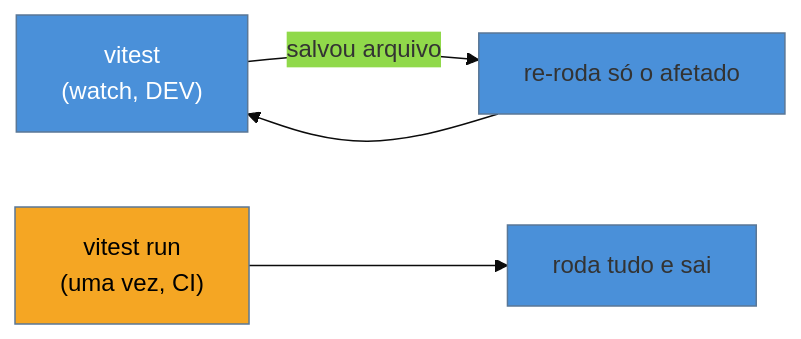
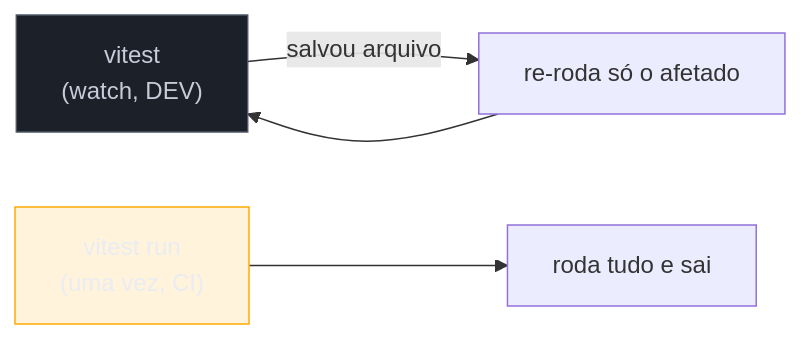
One commit to josenaldo/codex-technomanticus changed the diagram in 03-Dominios/Tecnologia/Testes JS/02 - Vitest - setup e o primeiro teste.md. Above: the diagram before and after it, drawn with Mermaid. The commit also changed 1181 other files, not shown here.

First line of the commit message:
fix(diagramas): paleta do sistema no lugar de cor cravada no markdown

````diff
--- a/03-Dominios/Tecnologia/Testes JS/02 - Vitest - setup e o primeiro teste.md
+++ b/03-Dominios/Tecnologia/Testes JS/02 - Vitest - setup e o primeiro teste.md
@@ -91,9 +91,10 @@
 ```mermaid
-%%{init: {"theme": "base", "themeVariables": {"primaryColor": "#4A90D9"}}}%%
 graph LR
+    classDef neutro fill:#1B2029,stroke:#4E5666,color:#C6CCD8
+    classDef destaque fill:#FFAA0024,stroke:#FFAA00,color:#E9ECF2
     A["vitest<br/>(watch, DEV)"] -->|salvou arquivo| B[re-roda só o afetado]
     B --> A
     C["vitest run<br/>(uma vez, CI)"] --> D[roda tudo e sai]
-    style A fill:#4A90D9,color:#fff
-    style C fill:#F5A623,color:#000
+    class A neutro
+    class C destaque
 ```
````
